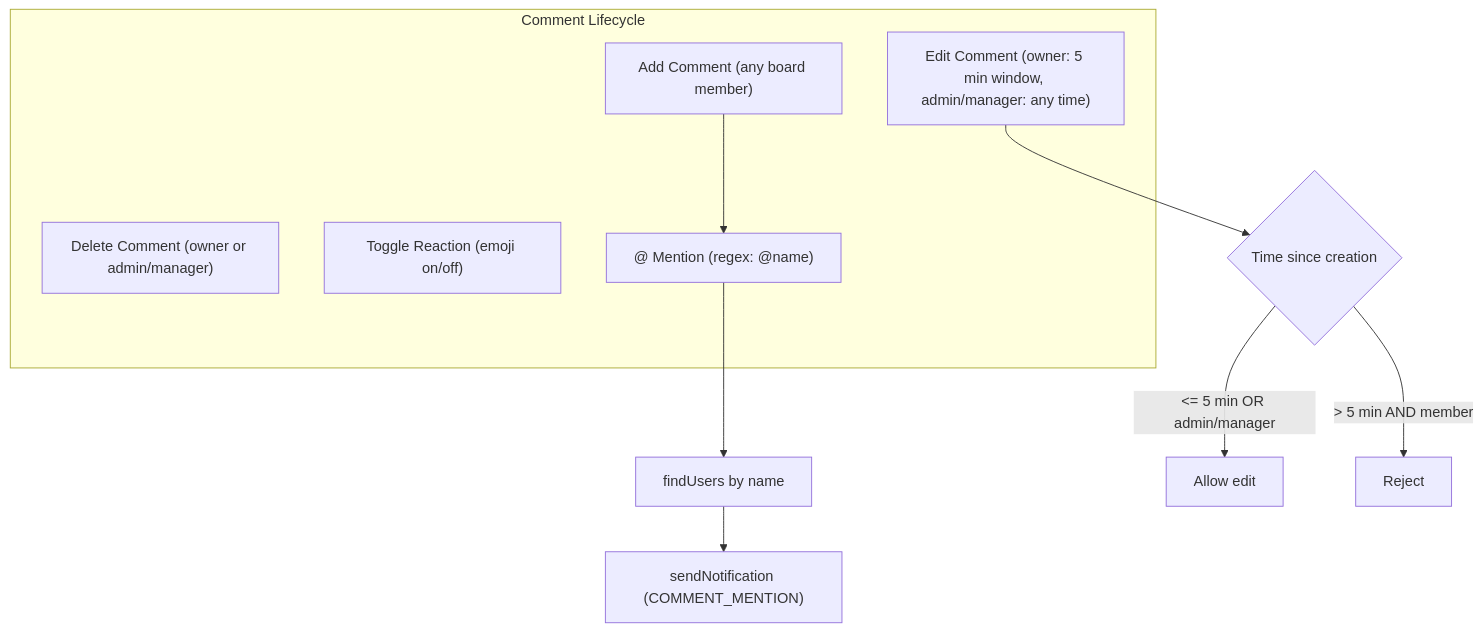
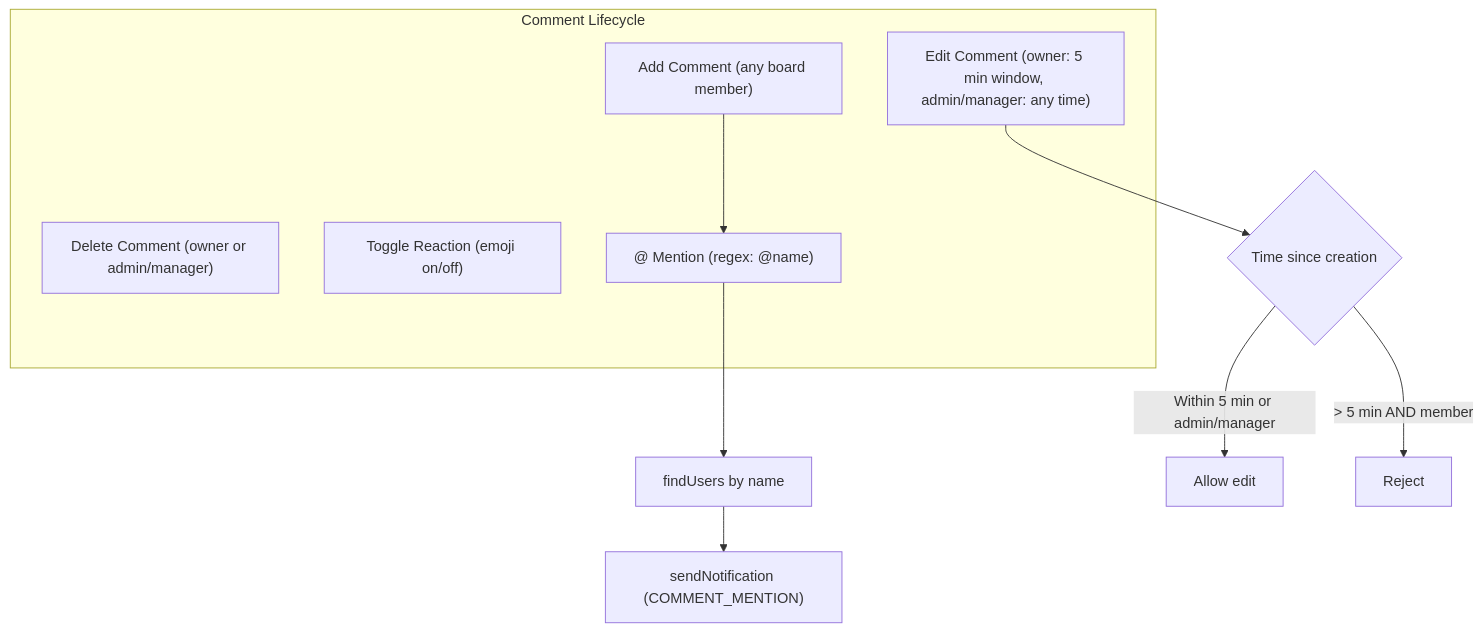
One commit to asefahmed500/Smart-Task-App_IIT_DU_Final_Project changed the fifth of 10 diagrams in docs/05-task-management.md. Above: the diagram before and after it, drawn with Mermaid. The commit also changed other lines of this file and 9 other files, not shown here.

Commit message:
fix: update AGENTS.md with Vercel deployment notes and additional mermaid cleanups

````diff
--- a/docs/05-task-management.md
+++ b/docs/05-task-management.md
@@ -242,18 +242,18 @@
 ```mermaid
 flowchart TD
     subgraph "Comment Lifecycle"
         ADD["Add Comment (any board member)"]
         EDIT["Edit Comment (owner: 5 min window, admin/manager: any time)"]
         DELETE["Delete Comment (owner or admin/manager)"]
         REACT["Toggle Reaction (emoji on/off)"]
         MENTION["@ Mention (regex: @name)"]
     end
 
     ADD --> MENTION
     MENTION --> FIND_USERS["findUsers by name"]
     FIND_USERS --> SEND_NOTIF["sendNotification (COMMENT_MENTION)"]
 
     EDIT --> TIME_CHECK{"Time since creation"}
-    TIME_CHECK -->|"<= 5 min OR admin/manager"| ALLOW["Allow edit"]
+    TIME_CHECK -->|"Within 5 min or admin/manager"| ALLOW["Allow edit"]
     TIME_CHECK -->|"> 5 min AND member"| REJECT["Reject"]
 ```
````
